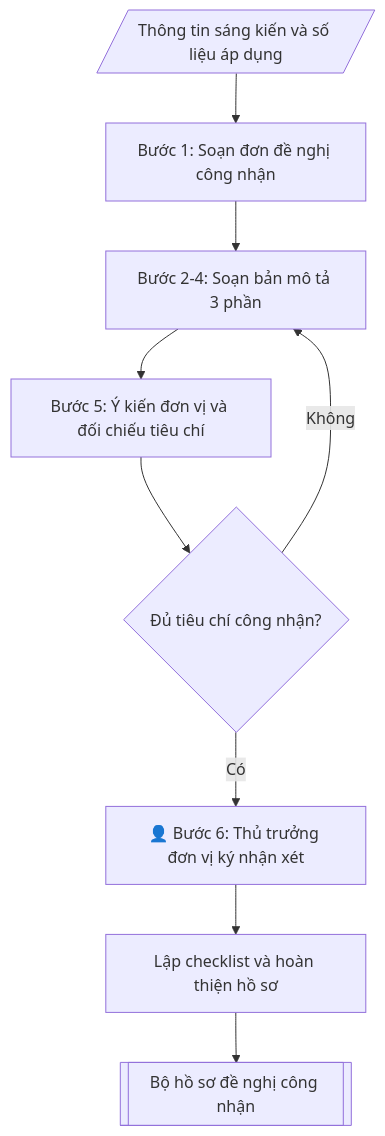
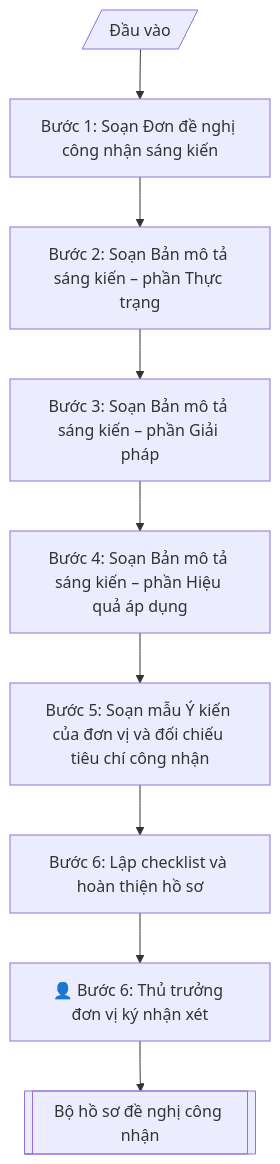
The diagram in skills/ho-so-cong-nhan-sang-kien/SKILL.md (phamtruong91/dh-skills), drawn with Mermaid before and after one commit. The commit also changed 124 other files, not shown here.

````diff
--- a/skills/ho-so-cong-nhan-sang-kien/SKILL.md
+++ b/skills/ho-so-cong-nhan-sang-kien/SKILL.md
@@ -88,11 +88,11 @@
 ```mermaid
 flowchart TD
-    IN[/Thông tin sáng kiến và số liệu áp dụng/] --> A["Bước 1: Soạn đơn đề nghị công nhận"]
-    A --> B["Bước 2-4: Soạn bản mô tả 3 phần"]
-    B --> C["Bước 5: Ý kiến đơn vị và đối chiếu tiêu chí"]
-    C --> D{"Đủ tiêu chí công nhận?"}
-    D -->|Không| B
-    D -->|Có| HG["👤 Bước 6: Thủ trưởng đơn vị ký nhận xét"]
-    HG --> E["Lập checklist và hoàn thiện hồ sơ"]
-    E --> OUT[["Bộ hồ sơ đề nghị công nhận"]]
+    IN[/"Đầu vào"/] --> B1["Bước 1: Soạn Đơn đề nghị công nhận sáng kiến"]
+    B1 --> B2["Bước 2: Soạn Bản mô tả sáng kiến – phần Thực trạng"]
+    B2 --> B3["Bước 3: Soạn Bản mô tả sáng kiến – phần Giải pháp"]
+    B3 --> B4["Bước 4: Soạn Bản mô tả sáng kiến – phần Hiệu quả áp dụng"]
+    B4 --> B5["Bước 5: Soạn mẫu Ý kiến của đơn vị và đối chiếu tiêu chí công nhận"]
+    B5 --> B6["Bước 6: Lập checklist và hoàn thiện hồ sơ"]
+    B6 --> HG["👤 Bước 6: Thủ trưởng đơn vị ký nhận xét"]
+    HG --> OUT[["Bộ hồ sơ đề nghị công nhận"]]
 ```
````
